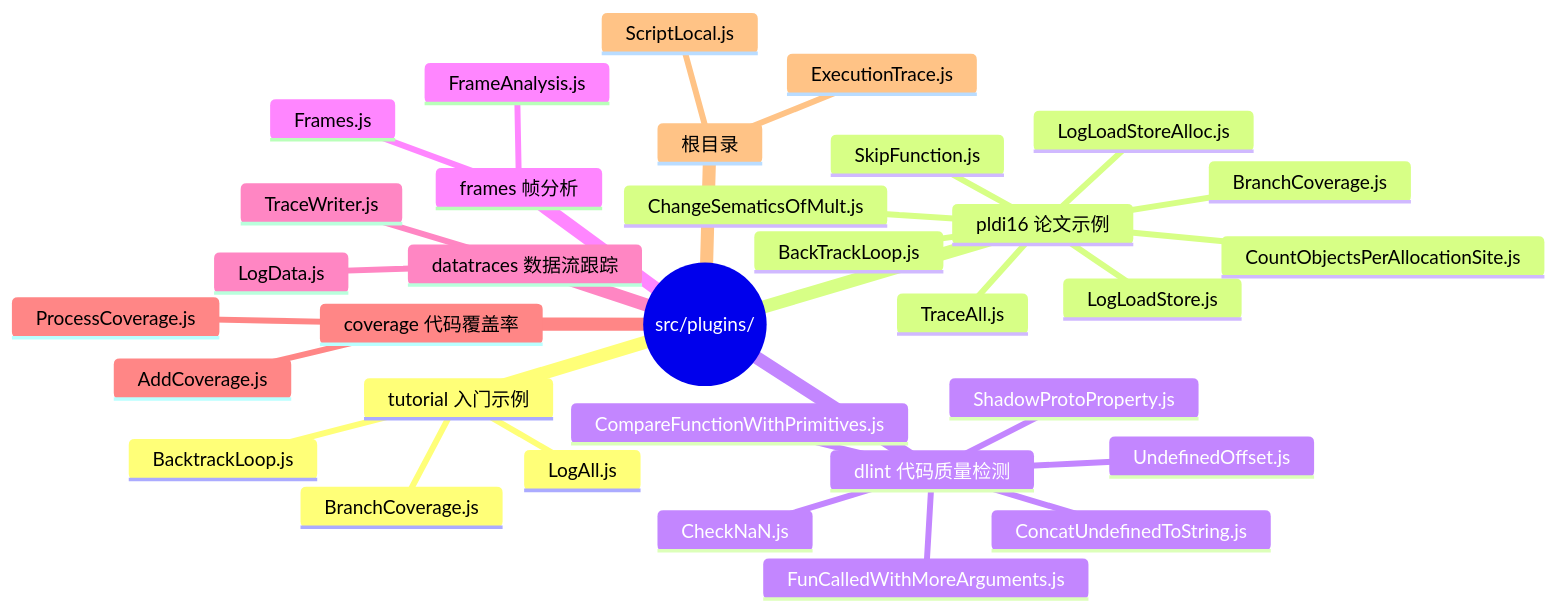
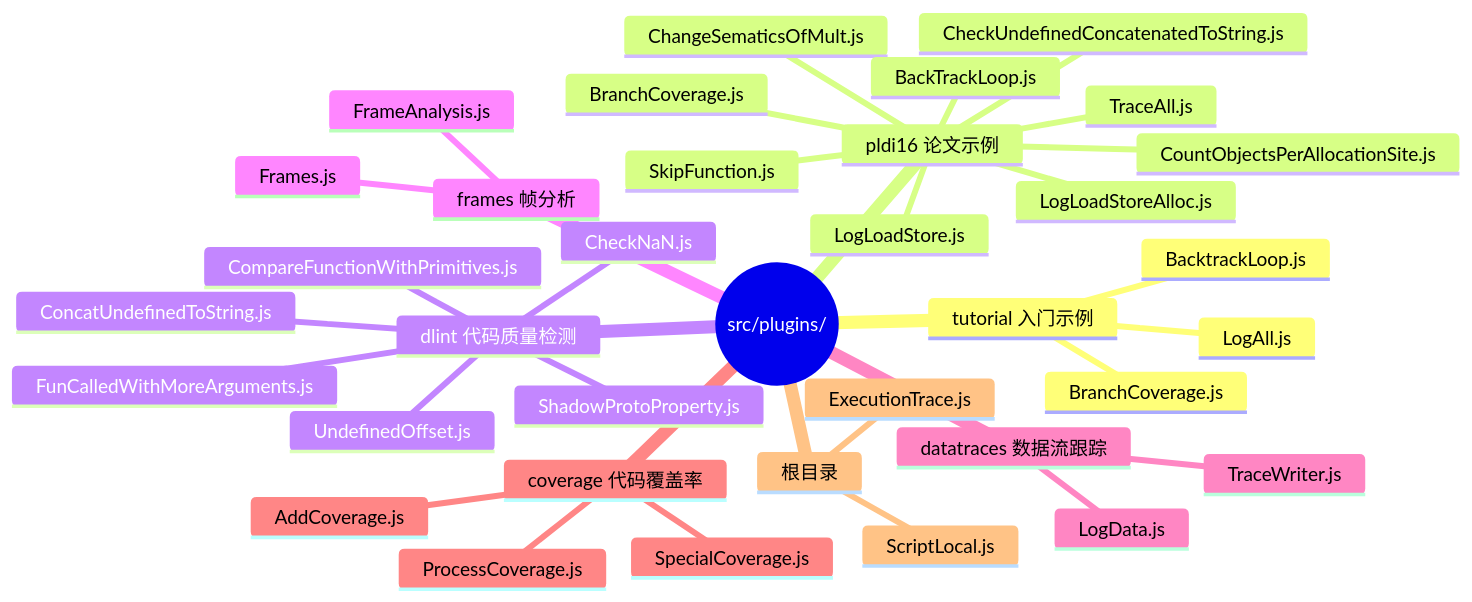
The diagram in docs/Sample-Analyses.md (fuckreverse/Jani), drawn with Mermaid before and after one commit. The commit also changed other lines of this file and 26 other files, not shown here.

````diff
--- a/docs/Sample-Analyses.md
+++ b/docs/Sample-Analyses.md
@@ -8,36 +8,38 @@
 ```mermaid
 mindmap
   root((src/plugins/))
     tutorial 入门示例
       LogAll.js
       BranchCoverage.js
       BacktrackLoop.js
     pldi16 论文示例
       TraceAll.js
       LogLoadStore.js
       LogLoadStoreAlloc.js
       BranchCoverage.js
       SkipFunction.js
       ChangeSematicsOfMult.js
+      CheckUndefinedConcatenatedToString.js
       CountObjectsPerAllocationSite.js
       BackTrackLoop.js
     dlint 代码质量检测
       CheckNaN.js
       UndefinedOffset.js
       ConcatUndefinedToString.js
       FunCalledWithMoreArguments.js
       ShadowProtoProperty.js
       CompareFunctionWithPrimitives.js
     frames 帧分析
       FrameAnalysis.js
       Frames.js
     datatraces 数据流跟踪
       LogData.js
       TraceWriter.js
     coverage 代码覆盖率
       AddCoverage.js
       ProcessCoverage.js
+      SpecialCoverage.js
     根目录
       ExecutionTrace.js
       ScriptLocal.js
 ```
````
